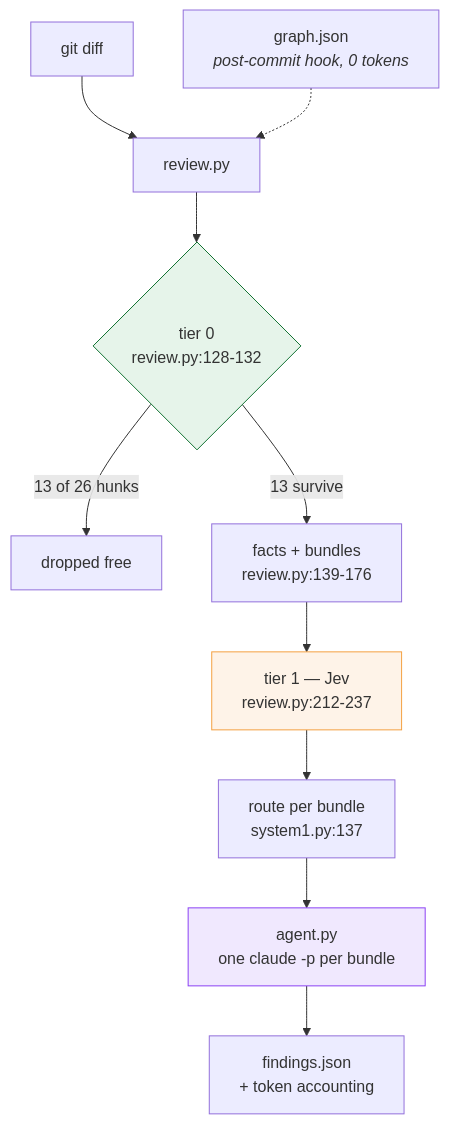
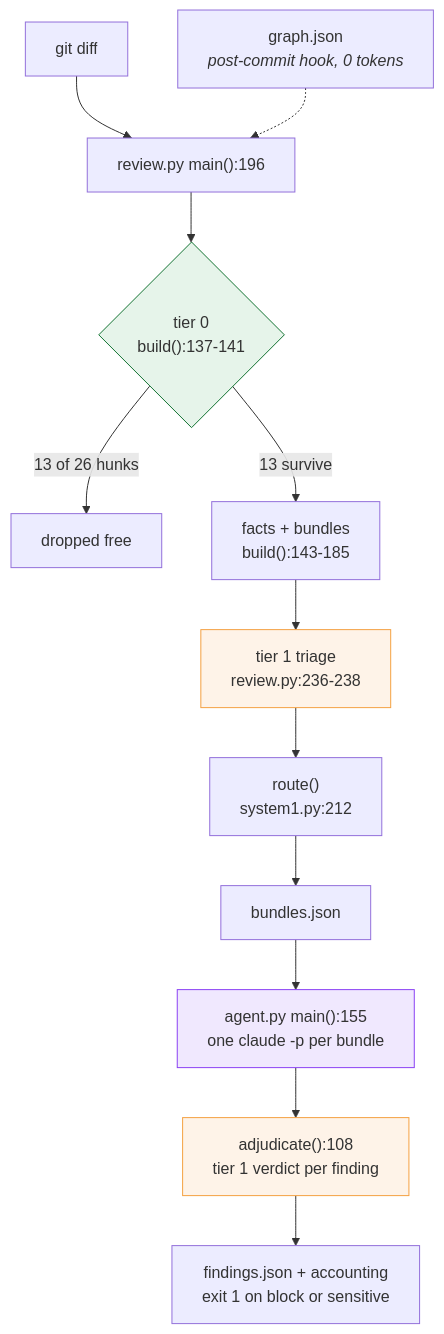
One commit to liem18112000/graph-code-review-agent changed the first of 4 diagrams in docs/call-flow.md. Above: the diagram before and after it, drawn with Mermaid. The commit also changed other lines of this file and 11 other files, not shown here.

````diff
--- a/docs/call-flow.md
+++ b/docs/call-flow.md
@@ -14,19 +15,22 @@
 ```mermaid
 flowchart TD
-    D["git diff"] --> RP["review.py"]
+    D["git diff"] --> RP["review.py main():196"]
     G["graph.json<br/><i>post-commit hook, 0 tokens</i>"] -.-> RP
 
-    RP --> T0{"tier 0<br/>review.py:128-132"}
+    RP --> T0{"tier 0<br/>build():137-141"}
     T0 -->|"13 of 26 hunks"| DROP["dropped free"]
-    T0 -->|"13 survive"| FACTS["facts + bundles<br/>review.py:139-176"]
+    T0 -->|"13 survive"| FACTS["facts + bundles<br/>build():143-185"]
 
-    FACTS --> T1["tier 1 — Jev<br/>review.py:212-237"]
-    T1 --> ROUTE["route per bundle<br/>system1.py:137"]
+    FACTS --> T1["tier 1 triage<br/>review.py:236-238"]
+    T1 --> ROUTE["route()<br/>system1.py:212"]
+    ROUTE --> JSON["bundles.json"]
 
-    ROUTE --> AG["agent.py<br/>one claude -p per bundle"]
-    AG --> OUT["findings.json<br/>+ token accounting"]
+    JSON --> AG["agent.py main():155<br/>one claude -p per bundle"]
+    AG --> VERD["adjudicate():108<br/>tier 1 verdict per finding"]
+    VERD --> OUT["findings.json + accounting<br/>exit 1 on block or sensitive"]
 
     style T0 fill:#e6f4ea,stroke:#137333
     style T1 fill:#fef3e8,stroke:#f4a142
+    style VERD fill:#fef3e8,stroke:#f4a142
     style AG fill:#f0e8fe,stroke:#8b42f4
 ```
````
